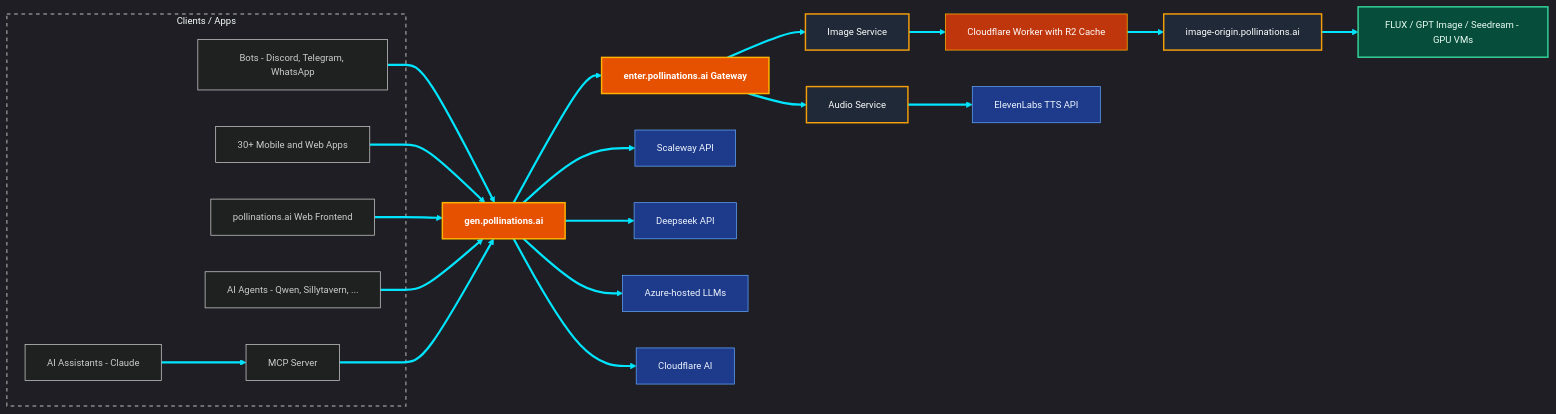
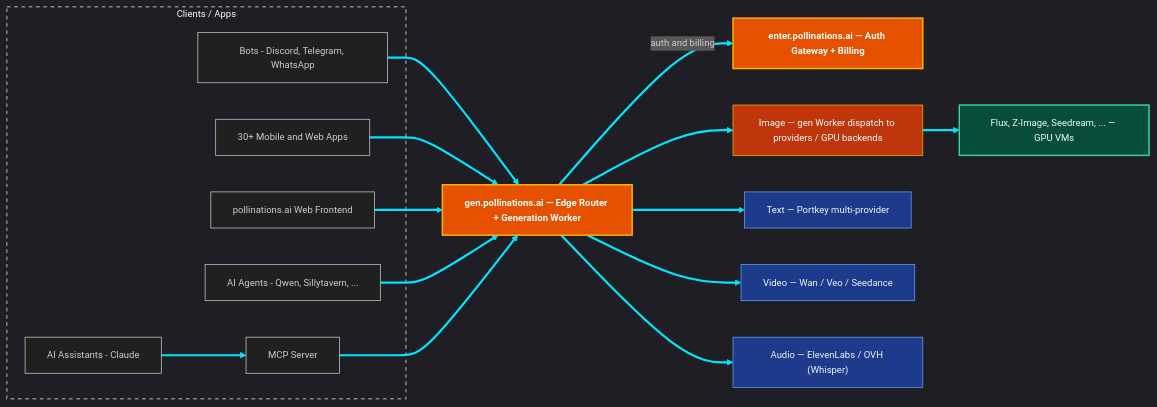
Before and after one commit to pollinations/pollinations: the diagram in README.md, drawn with Mermaid. The commit also changed other lines of this file, not shown here.

First line of the commit message:
docs: refresh README — accurate API examples, expanded guides (#13160)

````diff
--- a/README.md
+++ b/README.md
@@ -284,46 +362,38 @@
 ```mermaid
 %%{init: {'theme': 'dark', 'themeVariables': { 'background': '#1a1a1a', 'primaryColor': '#2a2a2a', 'primaryBorderColor': '#555555', 'primaryTextColor': '#eeeeee', 'lineColor': '#00e5ff', 'clusterBkg': 'transparent', 'clusterBorder': '#888888', 'fontSize': '13px', 'fontFamily': 'Inter, system-ui, sans-serif'}}}%%
 
 graph LR
     subgraph CLIENTS["Clients / Apps"]
         Q[Bots - Discord, Telegram, WhatsApp]
         N[30+ Mobile and Web Apps]
         A[pollinations.ai Web Frontend]
         R[AI Agents - Qwen, Sillytavern, ...]
         AI[AI Assistants - Claude]
         MCP[MCP Server]
     end
 
     AI --> MCP
     Q --> GEN
     N --> GEN
     A --> GEN
     R --> GEN
     MCP --> GEN
 
-    GEN["gen.pollinations.ai"]:::cfWorker --> ENTER["enter.pollinations.ai Gateway"]:::cfWorker
+    GEN["gen.pollinations.ai — Edge Router + Generation Worker"]:::cfWorker -->|auth and billing| ENTER["enter.pollinations.ai — Auth Gateway + Billing"]:::cfWorker
 
-    ENTER --> IMG["Image Service"]:::ec2
-    ENTER --> AUD["Audio Service"]:::ec2
+    GEN --> IMG["Image — gen Worker dispatch to providers / GPU backends"]:::cfWorkerLight
+    IMG --> D["Flux, Z-Image, Seedream, ... — GPU VMs"]:::gpuNode
 
-    IMG --> CF["Cloudflare Worker with R2 Cache"]:::cfWorkerLight
-    CF --> B["image-origin.pollinations.ai"]:::ec2
-    B --> D["FLUX / GPT Image / Seedream - GPU VMs"]:::gpuNode
-
-    AUD --> EL["ElevenLabs TTS API"]:::provider
-
-    GEN --> SC["Scaleway API"]:::provider
-    GEN --> DS["Deepseek API"]:::provider
-    GEN --> G["Azure-hosted LLMs"]:::provider
-    GEN --> CFM["Cloudflare AI"]:::provider
+    GEN --> TXT["Text — Portkey multi-provider"]:::provider
+    GEN --> VID["Video — Wan / Veo / Seedance"]:::provider
+    GEN --> AUD["Audio — ElevenLabs / OVH (Whisper)"]:::provider
 
     style CLIENTS fill:none,stroke:#888,stroke-width:2px,stroke-dasharray: 5 5
 
     linkStyle default stroke-width:3px,stroke:#00E5FF
 
     classDef cfWorker fill:#E65100,color:#fff,stroke:#FFB300,stroke-width:2px,font-weight:bold
     classDef cfWorkerLight fill:#BF360C,color:#fff,stroke:#FFB300,stroke-width:1px
-    classDef ec2 fill:#1F2937,color:#fff,stroke:#F59E0B,stroke-width:2px
     classDef gpuNode fill:#064E3B,stroke:#34D399,color:#ECFDF5,stroke-width:2px
     classDef provider fill:#1E3A8A,stroke:#60A5FA,color:#EFF6FF,stroke-width:1px
 ```
````
